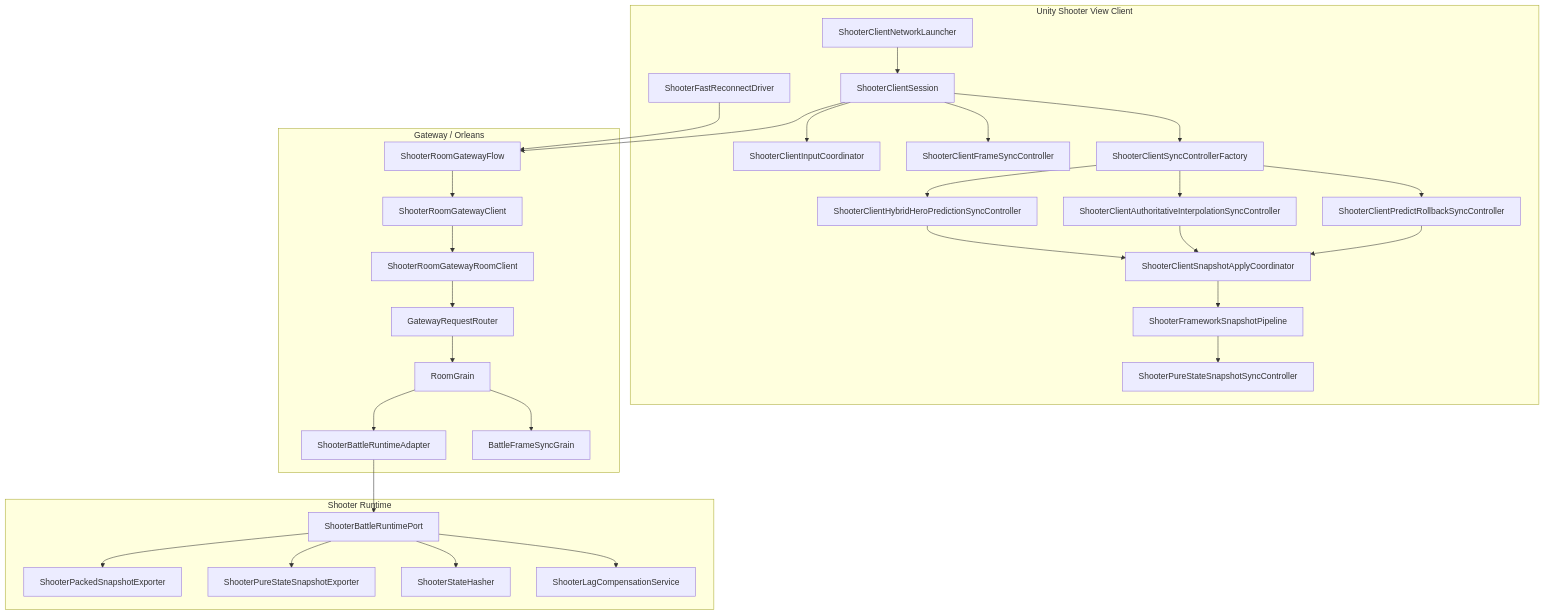
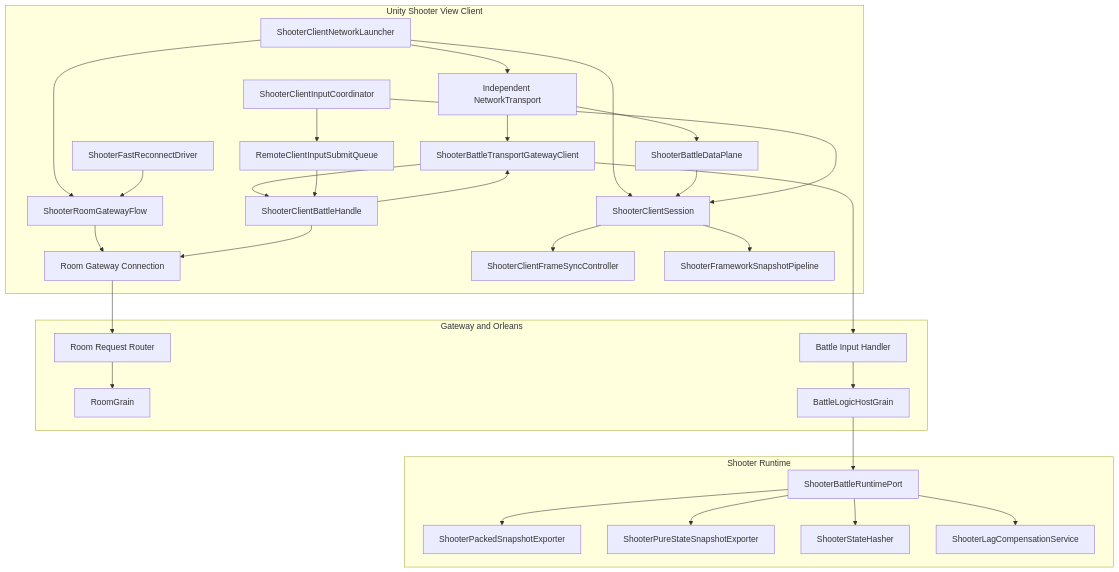
The first of 6 diagrams in Docs/design/09-ImplementationExamples/Shooter/08-NetworkModulesDeepDive.md (HOBOBO/AbilityKit), drawn with Mermaid before and after one commit. The commit also changed other lines of this file and 328 other files, not shown here.

````diff
--- a/Docs/design/09-ImplementationExamples/Shooter/08-NetworkModulesDeepDive.md
+++ b/Docs/design/09-ImplementationExamples/Shooter/08-NetworkModulesDeepDive.md
@@ -9,55 +9,49 @@
 ```mermaid
 flowchart TB
     subgraph Client[Unity Shooter View Client]
         Launcher[ShooterClientNetworkLauncher]
         Session[ShooterClientSession]
         Input[ShooterClientInputCoordinator]
+        Queue[RemoteClientInputSubmitQueue]
+        Handle[ShooterClientBattleHandle]
+        Flow[ShooterRoomGatewayFlow]
+        Control[Room Gateway Connection]
+        BattleTransport[Independent NetworkTransport]
+        BattleClient[ShooterBattleTransportGatewayClient]
+        DataPlane[ShooterBattleDataPlane]
         FrameSync[ShooterClientFrameSyncController]
-        Factory[ShooterClientSyncControllerFactory]
-        Predict[ShooterClientPredictRollbackSyncController]
-        Interp[ShooterClientAuthoritativeInterpolationSyncController]
-        Hybrid[ShooterClientHybridHeroPredictionSyncController]
-        ApplyCoordinator[ShooterClientSnapshotApplyCoordinator]
         SnapshotPipeline[ShooterFrameworkSnapshotPipeline]
-        PureCtrl[ShooterPureStateSnapshotSyncController]
         Reconnect[ShooterFastReconnectDriver]
     end
 
-    subgraph Gateway[Gateway / Orleans]
-        Flow[ShooterRoomGatewayFlow]
-        GatewayClient[ShooterRoomGatewayClient]
-        RoomClient[ShooterRoomGatewayRoomClient]
-        Router[GatewayRequestRouter]
+    subgraph Gateway[Gateway and Orleans]
+        RoomRouter[Room Request Router]
+        InputHandler[Battle Input Handler]
         Room[RoomGrain]
-        Battle[ShooterBattleRuntimeAdapter]
-        FrameGrain[BattleFrameSyncGrain]
+        Battle[BattleLogicHostGrain]
     end
 
     subgraph Runtime[Shooter Runtime]
         RuntimePort[ShooterBattleRuntimePort]
         Packed[ShooterPackedSnapshotExporter]
         Pure[ShooterPureStateSnapshotExporter]
         Hash[ShooterStateHasher]
         Lag[ShooterLagCompensationService]
     end
 
-    Launcher --> Session --> Input
-    Session --> FrameSync
-    Session --> Factory
-    Factory --> Predict
-    Factory --> Interp
-    Factory --> Hybrid
-    Predict --> ApplyCoordinator
-    Interp --> ApplyCoordinator
-    Hybrid --> ApplyCoordinator
-    ApplyCoordinator --> SnapshotPipeline
-    SnapshotPipeline --> PureCtrl
-    Session --> Flow --> GatewayClient --> RoomClient --> Router --> Room
-    Room --> Battle --> RuntimePort
+    Launcher --> Session
+    Launcher --> Flow --> Control --> RoomRouter --> Room
+    Launcher --> BattleTransport
+    BattleTransport --> BattleClient --> Handle
+    BattleTransport --> DataPlane --> Session
+    Input --> Session --> FrameSync
+    Input --> Queue --> Handle --> BattleClient
+    BattleClient --> InputHandler --> Battle --> RuntimePort
+    Session --> SnapshotPipeline
     RuntimePort --> Packed
     RuntimePort --> Pure
     RuntimePort --> Hash
     RuntimePort --> Lag
-    Room --> FrameGrain
     Reconnect --> Flow
+    Handle --> Control
 ```
````
